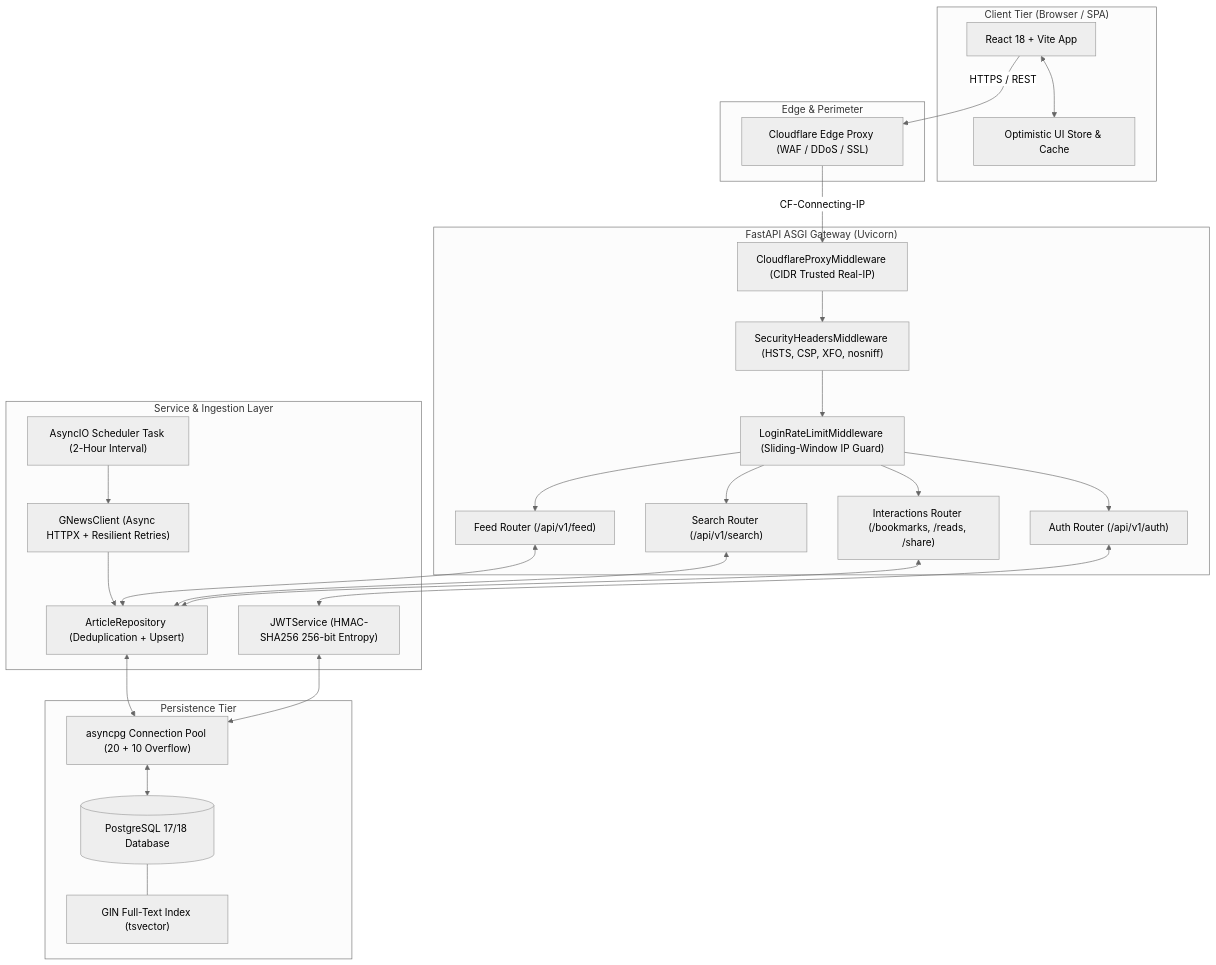
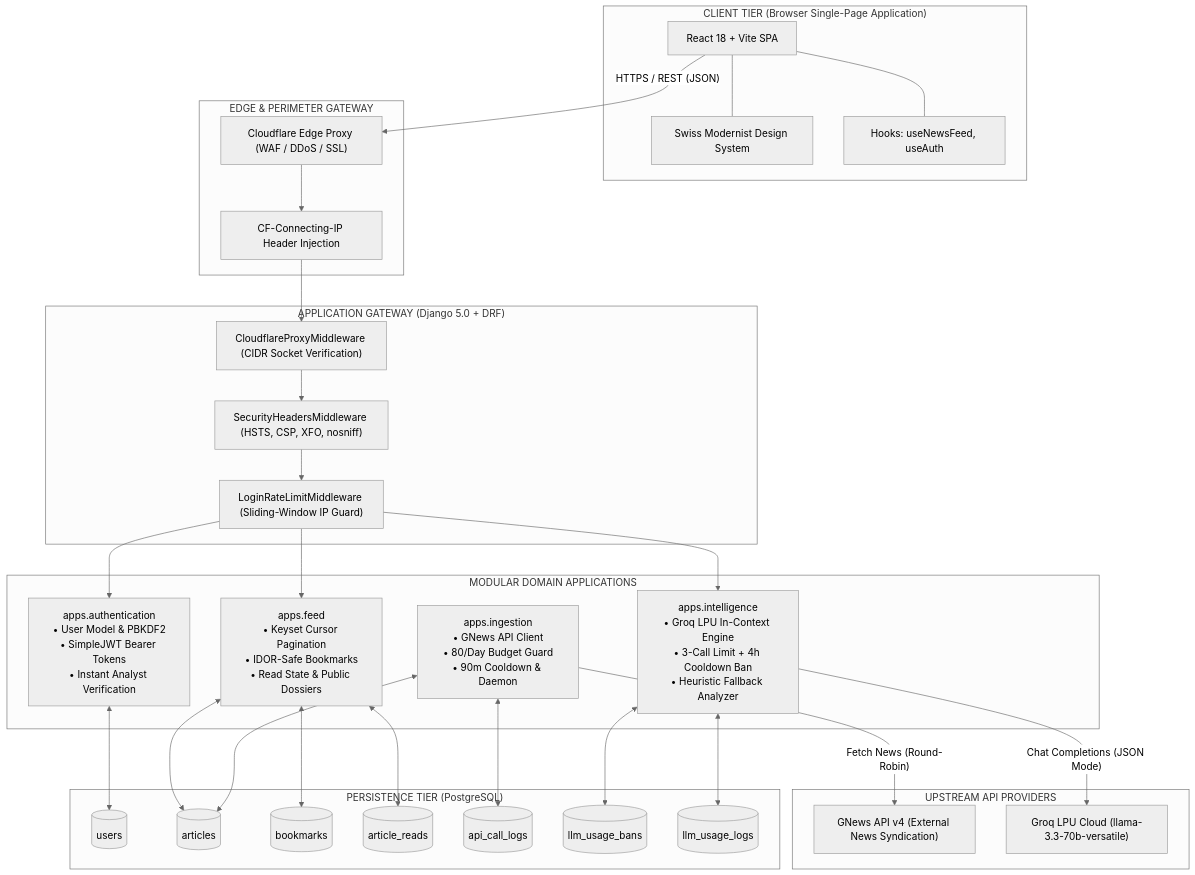
The first of 4 diagrams in README.md (SHAIK-FIRDOS-01/SignalReport-Enterprise-AI-News-Analyst), drawn with Mermaid (neutral theme) before and after one commit. The commit also changed other lines of this file and 102 other files, not shown here.

Commit message:
feat: migrate backend to modular 4-app Django architecture with Groq LPU intelligence & quota governance

````diff
--- a/README.md
+++ b/README.md
@@ -60,52 +55,58 @@
 ```mermaid
 flowchart TD
-    subgraph Client ["Client Tier (Browser / SPA)"]
-        UI["React 18 + Vite App"]
-        Store["Optimistic UI Store & Cache"]
-        UI <--> Store
+    subgraph ClientTier ["CLIENT TIER (Browser Single-Page Application)"]
+        ReactApp["React 18 + Vite SPA"]
+        SwissUI["Swiss Modernist Design System"]
+        Hooks["Hooks: useNewsFeed, useAuth"]
+        ReactApp --- SwissUI
+        ReactApp --- Hooks
     end
 
-    subgraph Edge ["Edge & Perimeter"]
+    subgraph EdgePerimeter ["EDGE & PERIMETER GATEWAY"]
         CF["Cloudflare Edge Proxy (WAF / DDoS / SSL)"]
+        CF_IP["CF-Connecting-IP Header Injection"]
+        CF --> CF_IP
     end
 
-    subgraph AppGateway ["FastAPI ASGI Gateway (Uvicorn)"]
-        MW1["CloudflareProxyMiddleware (CIDR Trusted Real-IP)"]
-        MW2["SecurityHeadersMiddleware (HSTS, CSP, XFO, nosniff)"]
-        MW3["LoginRateLimitMiddleware (Sliding-Window IP Guard)"]
+    subgraph DjangoGateway ["APPLICATION GATEWAY (Django 5.0 + DRF)"]
+        MW_Proxy["CloudflareProxyMiddleware (CIDR Socket Verification)"]
+        MW_Sec["SecurityHeadersMiddleware (HSTS, CSP, XFO, nosniff)"]
+        MW_Rate["LoginRateLimitMiddleware (Sliding-Window IP Guard)"]
         
-        RouterAuth["Auth Router (/api/v1/auth)"]
-        RouterFeed["Feed Router (/api/v1/feed)"]
-        RouterSearch["Search Router (/api/v1/search)"]
-        RouterInteract["Interactions Router (/bookmarks, /reads, /share)"]
-        
-        MW1 --> MW2 --> MW3
-        MW3 --> RouterAuth & RouterFeed & RouterSearch & RouterInteract
+        MW_Proxy --> MW_Sec --> MW_Rate
     end
 
-    subgraph Services ["Service & Ingestion Layer"]
-        GNews["GNewsClient (Async HTTPX + Resilient Retries)"]
-        Repo["ArticleRepository (Deduplication + Upsert)"]
-        TokenSvc["JWTService (HMAC-SHA256 256-bit Entropy)"]
-        Scheduler["AsyncIO Scheduler Task (2-Hour Interval)"]
-        
-        Scheduler --> GNews
-        GNews --> Repo
+    subgraph ModularApps ["MODULAR DOMAIN APPLICATIONS"]
+        AppAuth["apps.authentication\n• User Model & PBKDF2\n• SimpleJWT Bearer Tokens\n• Instant Analyst Verification"]
+        AppFeed["apps.feed\n• Keyset Cursor Pagination\n• IDOR-Safe Bookmarks\n• Read State & Public Dossiers"]
+        AppIngest["apps.ingestion\n• GNews API Client\n• 80/Day Budget Guard\n• 90m Cooldown & Daemon"]
+        AppIntel["apps.intelligence\n• Groq LPU In-Context Engine\n• 3-Call Limit + 4h Cooldown Ban\n• Heuristic Fallback Analyzer"]
     end
 
-    subgraph DataTier ["Persistence Tier"]
-        PG[(PostgreSQL 17/18 Database)]
-        Pool["asyncpg Connection Pool (20 + 10 Overflow)"]
-        GIN["GIN Full-Text Index (tsvector)"]
-        
-        Pool <--> PG
-        PG --- GIN
+    subgraph ExternalServices ["UPSTREAM API PROVIDERS"]
+        GNewsAPI["GNews API v4 (External News Syndication)"]
+        GroqAPI["Groq LPU Cloud (llama-3.3-70b-versatile)"]
     end
 
-    UI -->|HTTPS / REST| CF
-    CF -->|CF-Connecting-IP| MW1
-    RouterFeed & RouterSearch & RouterInteract <--> Repo
-    RouterAuth <--> TokenSvc
-    Repo <--> Pool
-    TokenSvc <--> Pool
+    subgraph PersistenceTier ["PERSISTENCE TIER (PostgreSQL)"]
+        DB_Users[("users")]
+        DB_Articles[("articles")]
+        DB_Bookmarks[("bookmarks")]
+        DB_Reads[("article_reads")]
+        DB_APILogs[("api_call_logs")]
+        DB_Bans[("llm_usage_bans")]
+        DB_Logs[("llm_usage_logs")]
+    end
+
+    ReactApp -->|"HTTPS / REST (JSON)"| CF
+    CF_IP --> MW_Proxy
+    MW_Rate --> AppAuth & AppFeed & AppIntel
+
+    AppIngest -->|"Fetch News (Round-Robin)"| GNewsAPI
+    AppIntel -->|"Chat Completions (JSON Mode)"| GroqAPI
+
+    AppAuth <--> DB_Users
+    AppFeed <--> DB_Articles & DB_Bookmarks & DB_Reads
+    AppIngest <--> DB_Articles & DB_APILogs
+    AppIntel <--> DB_Bans & DB_Logs
 ```
````
